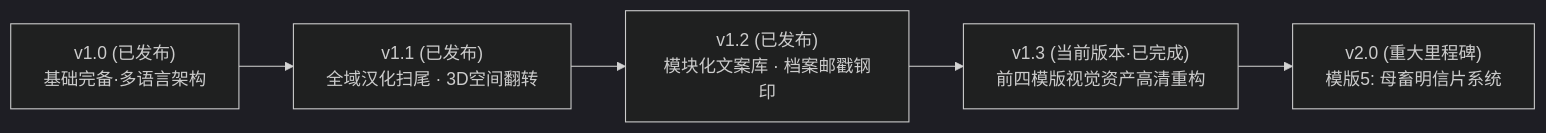
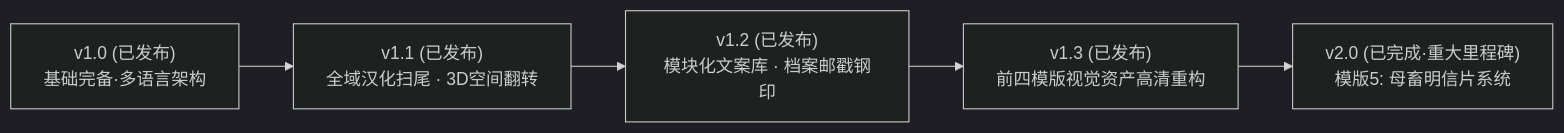
One commit to AmberCH872/Slut-ID-Generator changed the diagram in Roadmap.md. Above: the diagram before and after it, drawn with Mermaid (dark theme). The commit also changed other lines of this file and 15 other files, not shown here.

````diff
--- a/Roadmap.md
+++ b/Roadmap.md
@@ -11,7 +11,7 @@
 ```mermaid
 flowchart LR
     A["v1.0 (已发布)<br>基础完备·多语言架构"] --> B["v1.1 (已发布)<br>全域汉化扫尾 · 3D空间翻转"]
     B --> C["v1.2 (已发布)<br>模块化文案库 · 档案邮戳钢印"]
-    C --> D["v1.3 (当前版本·已完成)<br>前四模版视觉资产高清重构"]
-    D --> E["v2.0 (重大里程碑)<br>模版5: 母畜明信片系统"]
+    C --> D["v1.3 (已发布)<br>前四模版视觉资产高清重构"]
+    D --> E["v2.0 (已完成·重大里程碑)<br>模版5: 母畜明信片系统"]
 ```
````
